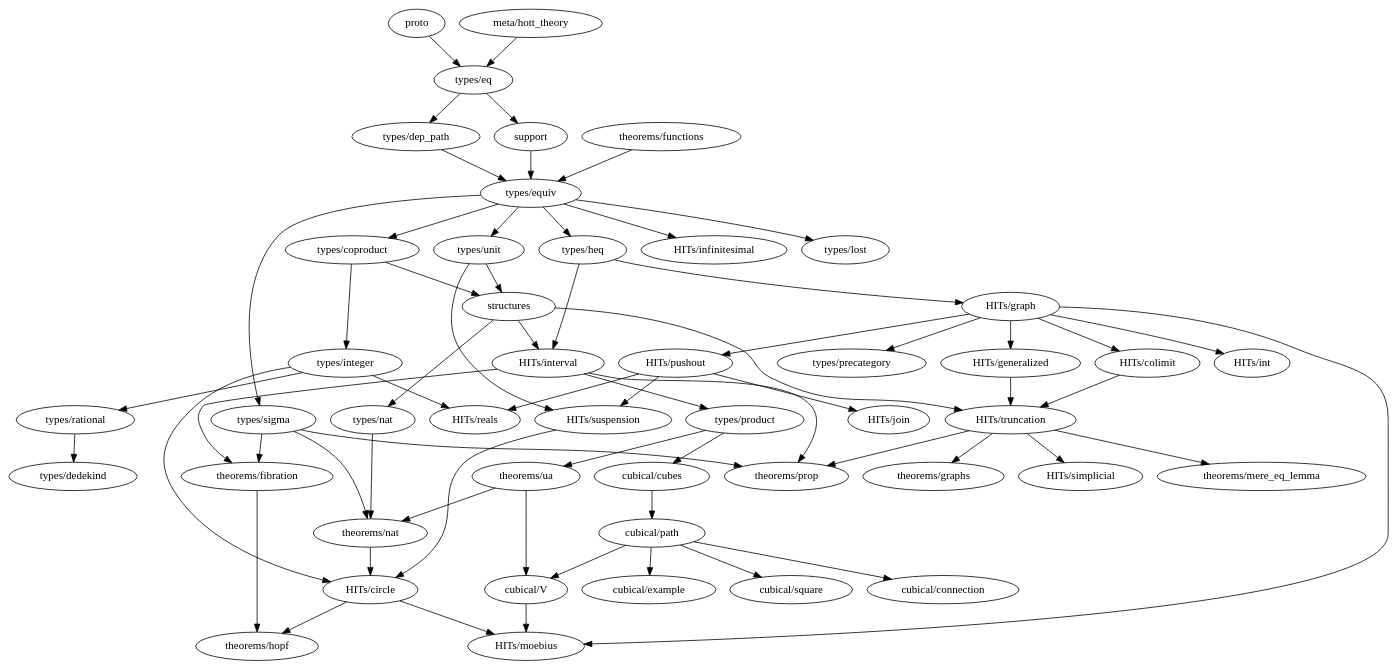
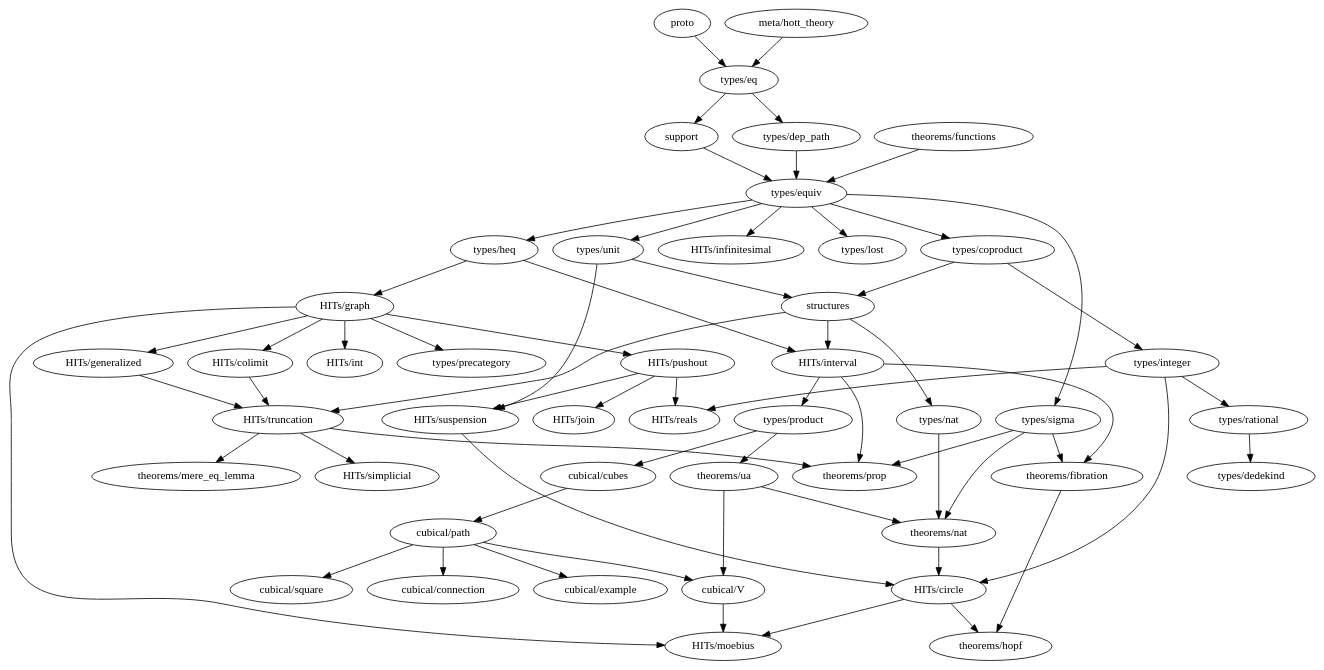
One commit to forked-from-1kasper/ground_zero changed the diagram in dependency_map.gv. Above: the diagram before and after it, drawn with Graphviz. The commit also changed 2 other files, not shown here.

```diff
--- a/dependency_map.gv
+++ b/dependency_map.gv
@@ -1,101 +1,99 @@
 digraph dependency_map {
   proto -> "types/eq"
   "meta/hott_theory" -> "types/eq"
   support -> "types/equiv"
   structures -> {
     "HITs/interval",
     "HITs/truncation",
     "types/nat"
   }
 
   subgraph types {
     "types/coproduct" -> { "types/integer", structures }
     "types/dedekind"
     "types/dep_path" -> "types/equiv"
     "types/eq" -> { "types/dep_path", support }
     "types/equiv" -> {
       "types/heq",
       "HITs/infinitesimal",
       "types/coproduct",
       "types/lost",
       "types/unit",
       "types/sigma"
     }
     "types/heq" -> {
       "HITs/interval",
       "HITs/graph"
     }
     "types/integer" -> {
       "HITs/circle",
       "HITs/reals",
       "types/rational"
     }
     "types/lost"
     "types/nat" -> { "theorems/nat" }
     "types/product" -> { "cubical/cubes", "theorems/ua" }
     "types/rational" -> { "types/dedekind" }
     "types/sigma" -> { "theorems/fibration", "theorems/prop", "theorems/nat" }
     "types/unit" -> { structures, "HITs/suspension" }
   }
 
   subgraph HITs {
     "HITs/circle" -> { "theorems/hopf", "HITs/moebius" }
     "HITs/colimit" -> "HITs/truncation"
     "HITs/generalized" -> "HITs/truncation"
     "HITs/graph" -> {
       "HITs/colimit",
       "HITs/generalized",
       "HITs/int",
       "HITs/pushout",
       "HITs/moebius",
       "types/precategory"
     }
     "HITs/infinitesimal"
     "HITs/interval" -> {
       "types/product",
       "theorems/prop",
       "theorems/fibration"
     }
     "HITs/join"
     "HITs/moebius"
     "HITs/pushout" -> {
       "HITs/join",
       "HITs/reals",
       "HITs/suspension"
     }
     "HITs/reals"
     "HITs/simplicial"
     "HITs/suspension" -> "HITs/circle"
     "HITs/truncation" -> {
       "theorems/mere_eq_lemma",
       "theorems/prop",
-      "theorems/graphs",
       "HITs/simplicial"
     }
   }
 
   subgraph cubical {
     "cubical/connection"
     "cubical/cubes" -> "cubical/path"
     "cubical/example"
     "cubical/path" -> {
       "cubical/square",
       "cubical/example",
       "cubical/V",
       "cubical/connection"
     }
     "cubical/square"
     "cubical/V" -> "HITs/moebius"
   }
 
   subgraph theorems {
     "theorems/fibration" -> { "theorems/hopf" }
     "theorems/functions" -> { "types/equiv" }
-    "theorems/graphs"
     "theorems/hopf"
     "theorems/mere_eq_lemma"
     "theorems/nat" -> { "HITs/circle" }
     "theorems/prop"
     "theorems/ua" -> { "theorems/nat", "cubical/V" }
   }
 }
```
